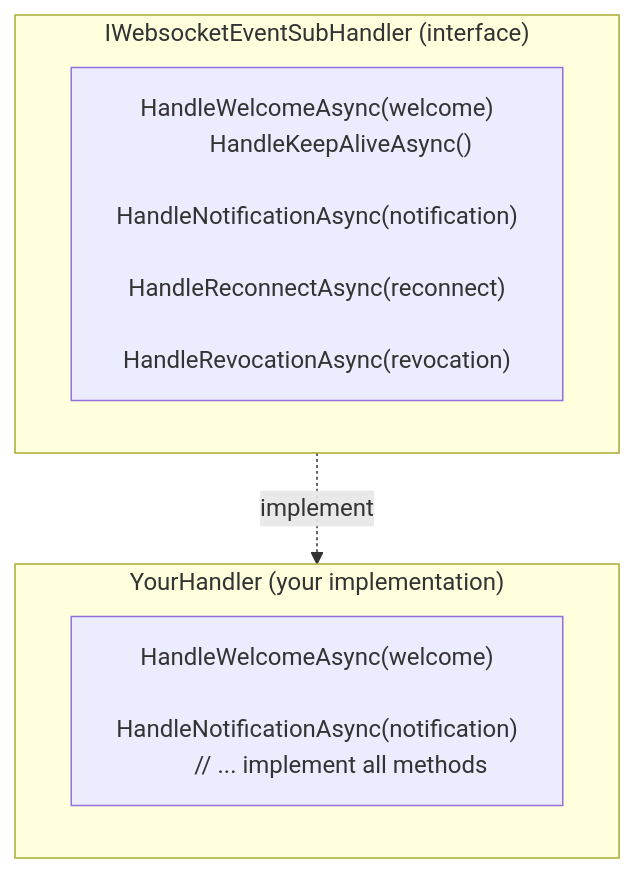
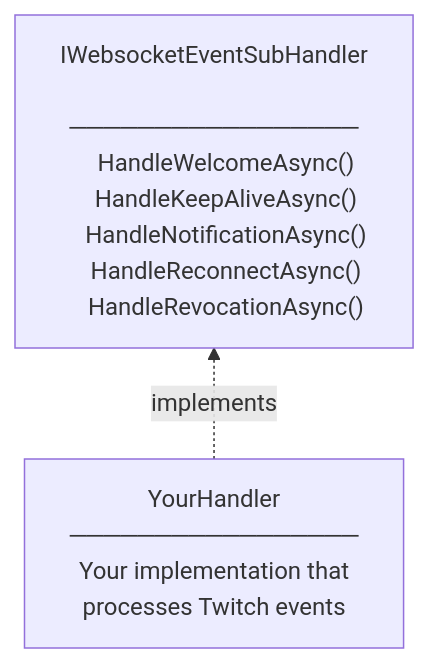
Before and after one commit to Yoyoyopo5/TwitchySharp: the sixth of 6 diagrams in Docs/Architecture.md, drawn with Mermaid. The commit also changed other lines of this file, not shown here.

First line of the commit message:
Improve diagram clarity and fix arrow directions

````diff
--- a/Docs/Architecture.md
+++ b/Docs/Architecture.md
@@ -220,18 +220,17 @@
 ```mermaid
-flowchart TD
-    subgraph Interface["IWebsocketEventSubHandler  (interface)"]
-        Methods["HandleWelcomeAsync(welcome)
-        HandleKeepAliveAsync()
-        HandleNotificationAsync(notification)
-        HandleReconnectAsync(reconnect)
-        HandleRevocationAsync(revocation)"]
-    end
+flowchart BT
+    YourImpl["YourHandler
+    ─────────────────
+    Your implementation that
+    processes Twitch events"]
 
-    subgraph YourImpl["YourHandler  (your implementation)"]
-        YourMethods["HandleWelcomeAsync(welcome)
-        HandleNotificationAsync(notification)
-        // ... implement all methods"]
-    end
+    Interface["IWebsocketEventSubHandler
+    ─────────────────
+    HandleWelcomeAsync()
+    HandleKeepAliveAsync()
+    HandleNotificationAsync()
+    HandleReconnectAsync()
+    HandleRevocationAsync()"]
 
-    Interface -.->|"implement"| YourImpl
+    YourImpl -.->|implements| Interface
 ```
````
